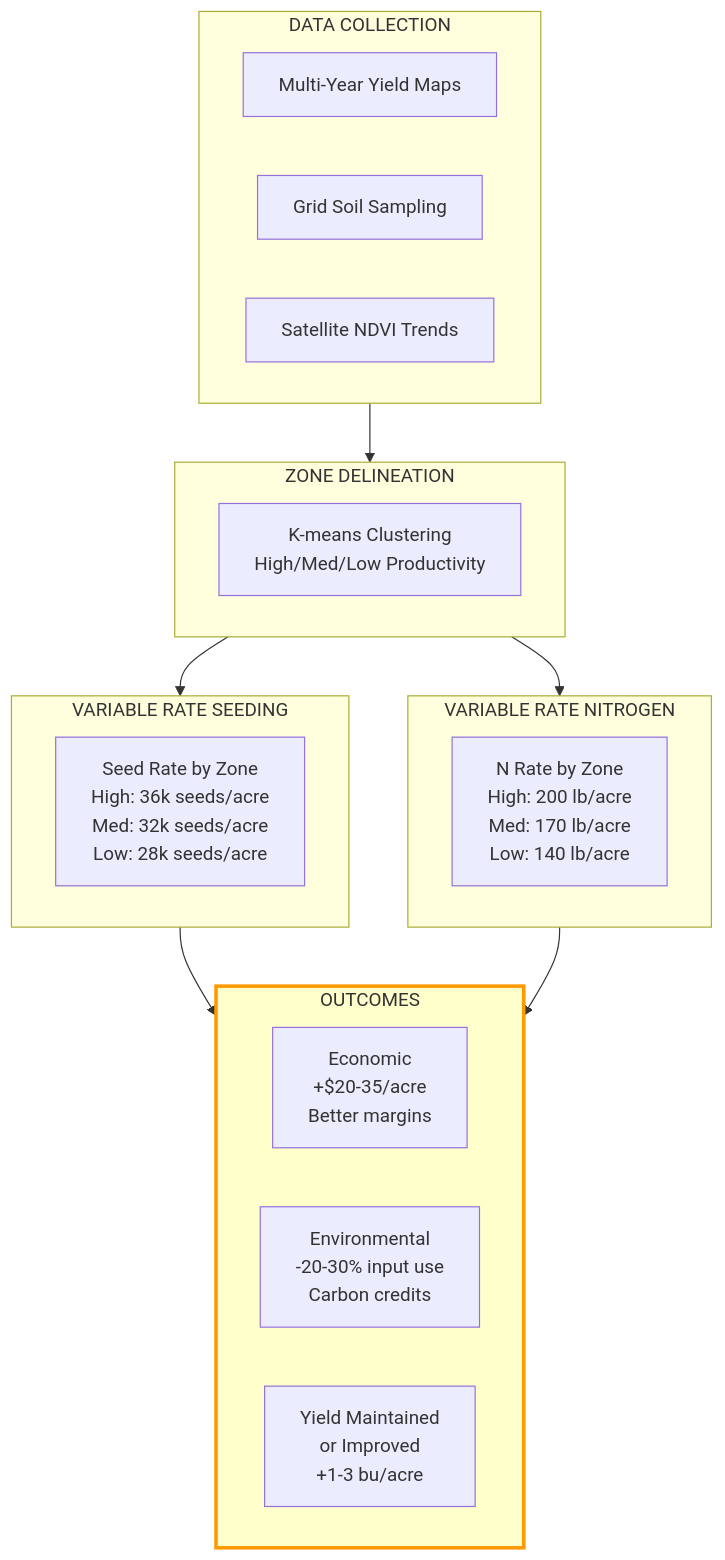
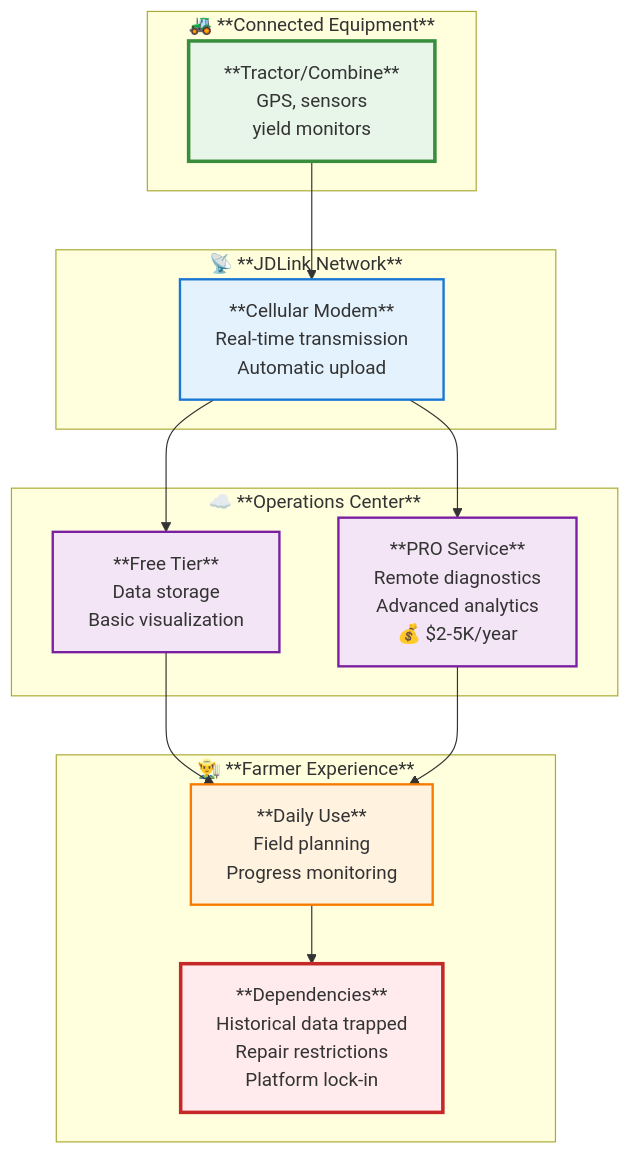
The fifth of 6 diagrams in docs/classes/01-The-New-Farm-Frontier.md (SuperiorByteWorks-LLC/ag-skills-demo), drawn with Mermaid before and after one commit. The commit also changed other lines of this file and 2 other files, not shown here.

````diff
--- a/docs/classes/01-The-New-Farm-Frontier.md
+++ b/docs/classes/01-The-New-Farm-Frontier.md
@@ -646,34 +919,39 @@
 ```mermaid
-flowchart TB
-    subgraph data["DATA COLLECTION"]
-        yield[Multi-Year Yield Maps]
-        soil[Grid Soil Sampling]
-        sat[Satellite NDVI Trends]
+graph TB
+    subgraph Equipment["🚜 **Connected Equipment**"]
+        A[**Tractor/Combine**<br/>GPS, sensors<br/>yield monitors]
     end
-
-    subgraph zones["ZONE DELINEATION"]
-        cluster[K-means Clustering<br/>High/Med/Low Productivity]
+    
+    subgraph Network["📡 **JDLink Network**"]
+        B[**Cellular Modem**<br/>Real-time transmission<br/>Automatic upload]
     end
-
-    subgraph vrs["VARIABLE RATE SEEDING"]
-        seed_rx["Seed Rate by Zone<br/>High: 36k seeds/acre<br/>Med: 32k seeds/acre<br/>Low: 28k seeds/acre"]
+    
+    subgraph Platform["☁️ **Operations Center**"]
+        C[**Free Tier**<br/>Data storage<br/>Basic visualization]
+        D[**PRO Service**<br/>Remote diagnostics<br/>Advanced analytics<br/>💰 $2-5K/year]
     end
-
-    subgraph vrn["VARIABLE RATE NITROGEN"]
-        n_rx["N Rate by Zone<br/>High: 200 lb/acre<br/>Med: 170 lb/acre<br/>Low: 140 lb/acre"]
+    
+    subgraph Farmer["👨‍🌾 **Farmer Experience**"]
+        E[**Daily Use**<br/>Field planning<br/>Progress monitoring]
+        F[**Dependencies**<br/>Historical data trapped<br/>Repair restrictions<br/>Platform lock-in]
     end
-
-    subgraph results["OUTCOMES"]
-        econ["Economic<br/>+$20-35/acre<br/>Better margins"]
-        env["Environmental<br/>-20-30% input use<br/>Carbon credits"]
-        yield_out["Yield Maintained<br/>or Improved<br/>+1-3 bu/acre"]
-    end
-
-    data --> zones
-    zones --> vrs
-    zones --> vrn
-    vrs --> results
-    vrn --> results
-
-    style results fill:#ffffcc,stroke:#ff9900,stroke-width:3px
+    
+    A --> B
+    B --> C
+    B --> D
+    C --> E
+    D --> E
+    E --> F
+    
+    classDef equipment fill:#e8f5e9,stroke:#388e3c,stroke-width:3px
+    classDef network fill:#e3f2fd,stroke:#1976d2,stroke-width:2px
+    classDef platform fill:#f3e5f5,stroke:#7b1fa2,stroke-width:2px
+    classDef farmer fill:#fff3e0,stroke:#f57c00,stroke-width:2px
+    classDef tension fill:#ffebee,stroke:#c62828,stroke-width:3px
+    
+    class A equipment
+    class B network
+    class C,D platform
+    class E farmer
+    class F tension
 ```
````
